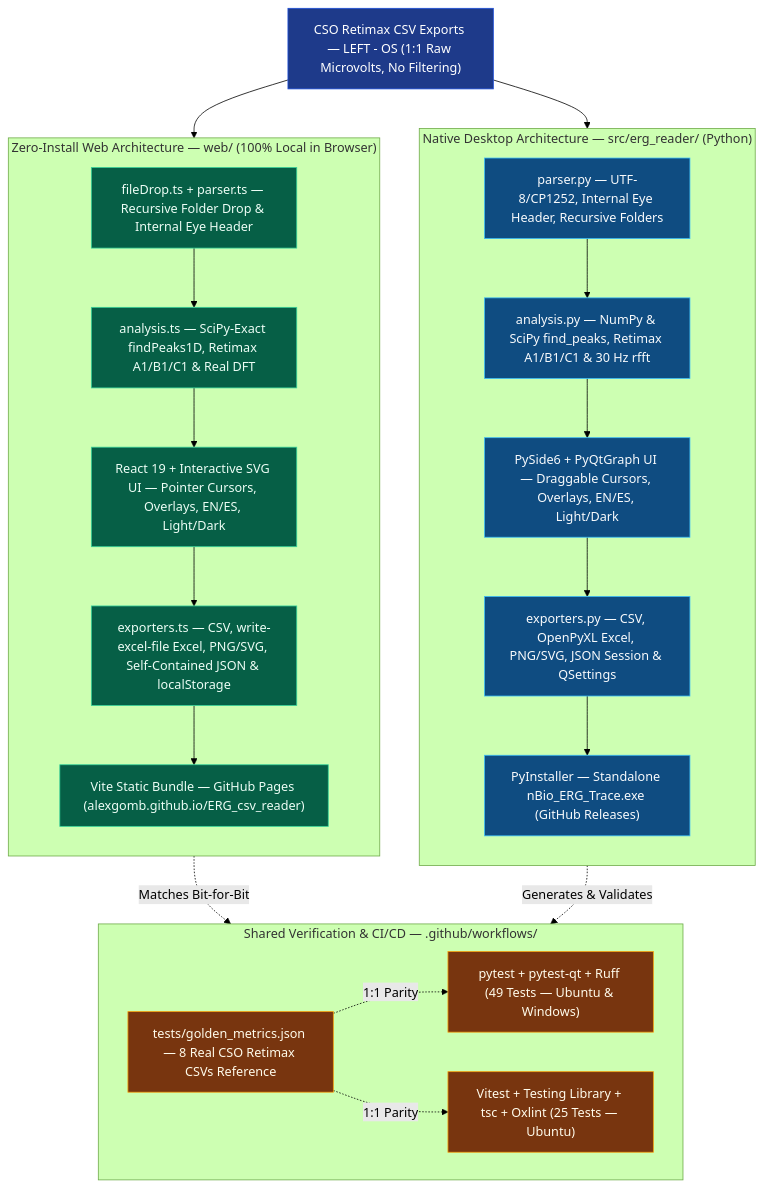
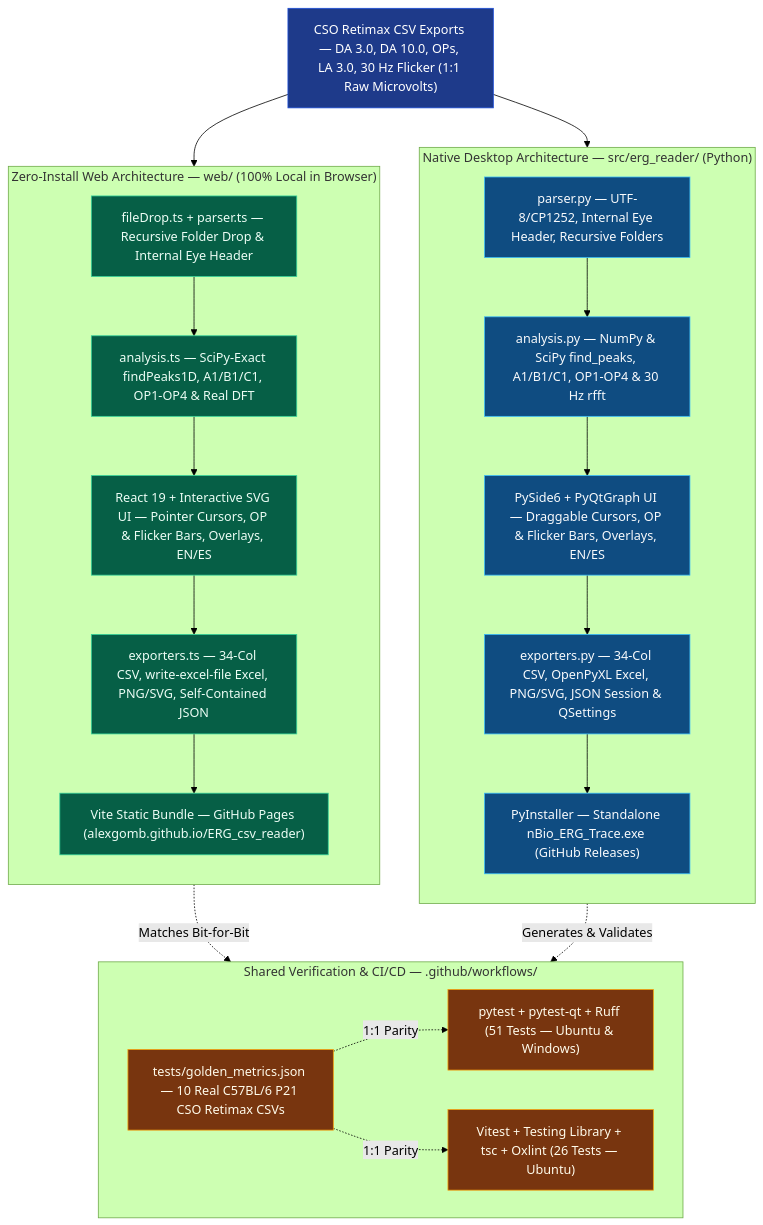
Before and after one commit to alexgomb/ERG_csv_reader: the diagram in README.md, drawn with Mermaid (forest theme). The commit also changed other lines of this file and 35 other files, not shown here.

````diff
--- a/README.md
+++ b/README.md
@@ -95,48 +96,48 @@
 ```mermaid
 flowchart TB
-    CSV["CSO Retimax CSV Exports — LEFT - OS (1:1 Raw Microvolts, No Filtering)"]
+    CSV["CSO Retimax CSV Exports — DA 3.0, DA 10.0, OPs, LA 3.0, 30 Hz Flicker (1:1 Raw Microvolts)"]
 
     subgraph DESKTOP["Native Desktop Architecture — src/erg_reader/ (Python)"]
         direction TB
         DP["parser.py — UTF-8/CP1252, Internal Eye Header, Recursive Folders"]
-        DA["analysis.py — NumPy & SciPy find_peaks, Retimax A1/B1/C1 & 30 Hz rfft"]
-        DU["PySide6 + PyQtGraph UI — Draggable Cursors, Overlays, EN/ES, Light/Dark"]
-        DE["exporters.py — CSV, OpenPyXL Excel, PNG/SVG, JSON Session & QSettings"]
+        DA["analysis.py — NumPy & SciPy find_peaks, A1/B1/C1, OP1-OP4 & 30 Hz rfft"]
+        DU["PySide6 + PyQtGraph UI — Draggable Cursors, OP & Flicker Bars, Overlays, EN/ES"]
+        DE["exporters.py — 34-Col CSV, OpenPyXL Excel, PNG/SVG, JSON Session & QSettings"]
         DB["PyInstaller — Standalone nBio_ERG_Trace.exe (GitHub Releases)"]
         DP --> DA --> DU --> DE --> DB
     end
 
     subgraph WEB["Zero-Install Web Architecture — web/ (100% Local in Browser)"]
         direction TB
         WP["fileDrop.ts + parser.ts — Recursive Folder Drop & Internal Eye Header"]
-        WA["analysis.ts — SciPy-Exact findPeaks1D, Retimax A1/B1/C1 & Real DFT"]
-        WU["React 19 + Interactive SVG UI — Pointer Cursors, Overlays, EN/ES, Light/Dark"]
-        WE["exporters.ts — CSV, write-excel-file Excel, PNG/SVG, Self-Contained JSON & localStorage"]
+        WA["analysis.ts — SciPy-Exact findPeaks1D, A1/B1/C1, OP1-OP4 & Real DFT"]
+        WU["React 19 + Interactive SVG UI — Pointer Cursors, OP & Flicker Bars, Overlays, EN/ES"]
+        WE["exporters.ts — 34-Col CSV, write-excel-file Excel, PNG/SVG, Self-Contained JSON"]
         WB["Vite Static Bundle — GitHub Pages (alexgomb.github.io/ERG_csv_reader)"]
         WP --> WA --> WU --> WE --> WB
     end
 
     subgraph QA["Shared Verification & CI/CD — .github/workflows/"]
         direction LR
-        GM["tests/golden_metrics.json — 8 Real CSO Retimax CSVs Reference"]
-        PT["pytest + pytest-qt + Ruff (49 Tests — Ubuntu & Windows)"]
-        WT["Vitest + Testing Library + tsc + Oxlint (25 Tests — Ubuntu)"]
+        GM["tests/golden_metrics.json — 10 Real C57BL/6 P21 CSO Retimax CSVs"]
+        PT["pytest + pytest-qt + Ruff (51 Tests — Ubuntu & Windows)"]
+        WT["Vitest + Testing Library + tsc + Oxlint (26 Tests — Ubuntu)"]
         GM -.->|"1:1 Parity"| PT
         GM -.->|"1:1 Parity"| WT
     end
 
     CSV --> DP
     CSV --> WP
     DA -.->|"Generates & Validates"| GM
     WA -.->|"Matches Bit-for-Bit"| GM
 
     classDef input fill:#1E3A8A,stroke:#1D4ED8,color:#FFFFFF
     classDef py fill:#0F4C81,stroke:#38BDF8,color:#F8FAFC
     classDef web fill:#065F46,stroke:#34D399,color:#ECFDF5
     classDef qa fill:#78350F,stroke:#F59E0B,color:#FFFBEB
 
     class CSV input
     class DP,DA,DU,DE,DB py
     class WP,WA,WU,WE,WB web
     class GM,PT,WT qa
 ```
````
